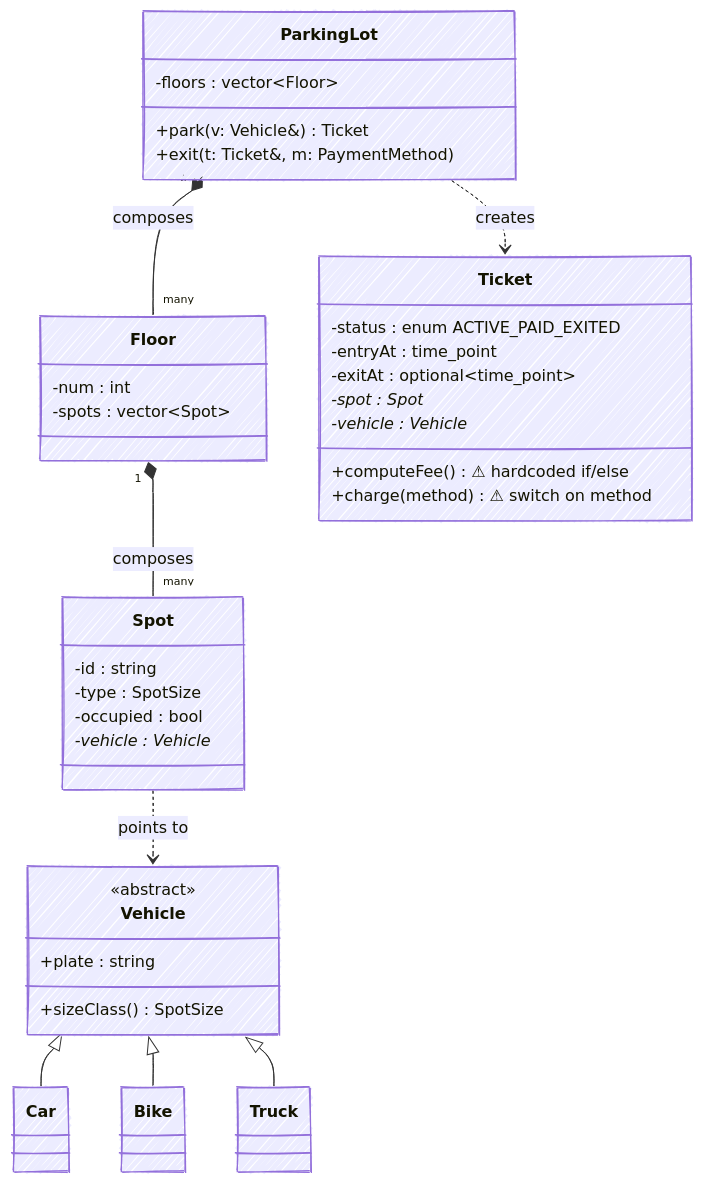
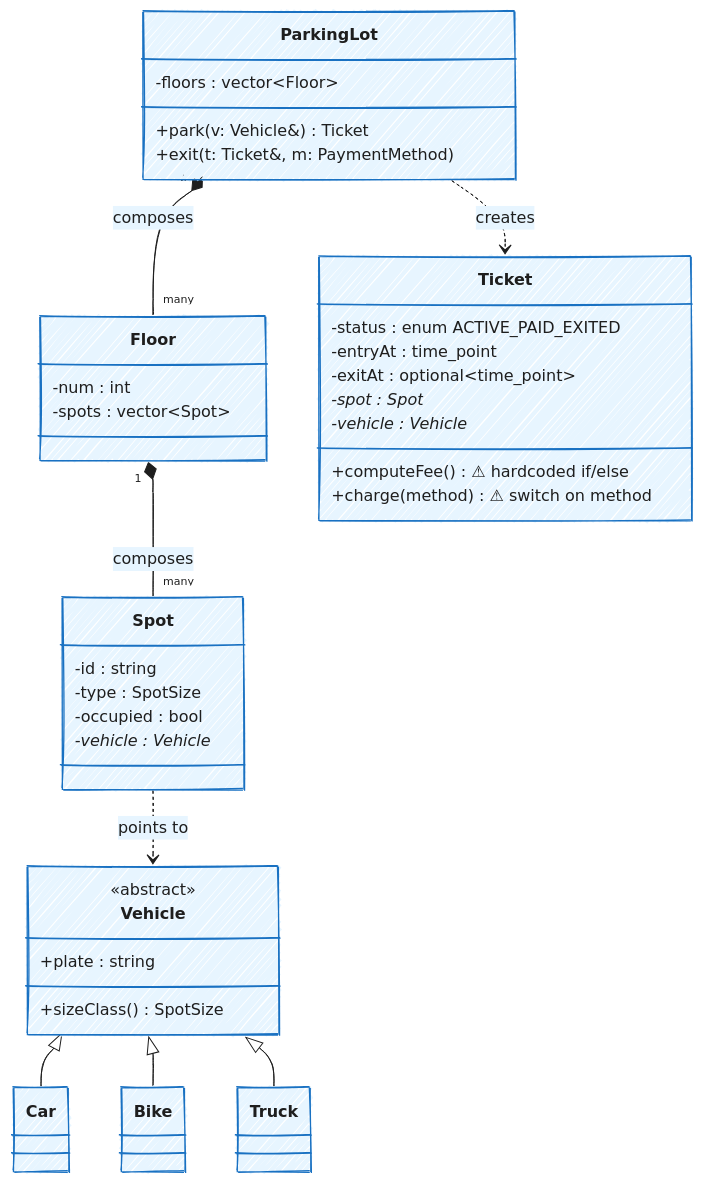
Before and after one commit to Prateek-5/question-bank: the first of 8 diagrams in LLD/Topics/Object_Oriented_Design/Parking_Lot.md, drawn with Mermaid. The commit also changed other lines of this file and 3 other files, not shown here.

````diff
--- a/LLD/Topics/Object_Oriented_Design/Parking_Lot.md
+++ b/LLD/Topics/Object_Oriented_Design/Parking_Lot.md
@@ -140,48 +140,70 @@
 ```mermaid
 ---
 config:
   look: handDrawn
-  theme: default
+  theme: base
+  themeVariables:
+    background: '#ffffff'
+    primaryColor: '#e7f5ff'
+    primaryTextColor: '#1e1e1e'
+    primaryBorderColor: '#1971c2'
+    lineColor: '#1e1e1e'
+    secondaryColor: '#fff3bf'
+    secondaryTextColor: '#1e1e1e'
+    secondaryBorderColor: '#e67700'
+    tertiaryColor: '#d3f9d8'
+    tertiaryTextColor: '#1e1e1e'
+    tertiaryBorderColor: '#2f9e44'
+    noteBkgColor: '#fff9db'
+    noteTextColor: '#1e1e1e'
+    noteBorderColor: '#fab005'
+    actorBkg: '#e7f5ff'
+    actorBorder: '#1971c2'
+    actorTextColor: '#1e1e1e'
+    signalColor: '#1e1e1e'
+    signalTextColor: '#1e1e1e'
+    classText: '#1e1e1e'
+    fontFamily: 'Segoe UI, Helvetica, Arial, sans-serif'
 ---
 classDiagram
   direction TB
   class ParkingLot {
     -floors : vector~Floor~
     +park(v: Vehicle&) Ticket
     +exit(t: Ticket&, m: PaymentMethod)
   }
   class Floor {
     -num : int
     -spots : vector~Spot~
   }
   class Spot {
     -id : string
     -type : SpotSize
     -occupied : bool
     -vehicle : Vehicle*
   }
   class Vehicle {
     <<abstract>>
     +plate : string
     +sizeClass() SpotSize
   }
   class Car
   class Bike
   class Truck
   class Ticket {
     -status : enum ACTIVE_PAID_EXITED
     -entryAt : time_point
     -exitAt : optional~time_point~
     -spot : Spot*
     -vehicle : Vehicle*
     +computeFee() ⚠ hardcoded if/else
     +charge(method) ⚠ switch on method
   }
   ParkingLot "1" *-- "many" Floor : composes
   Floor "1" *-- "many" Spot : composes
   Spot ..> Vehicle : points to
   Vehicle <|-- Car
   Vehicle <|-- Bike
   Vehicle <|-- Truck
   ParkingLot ..> Ticket : creates
 ```
````
